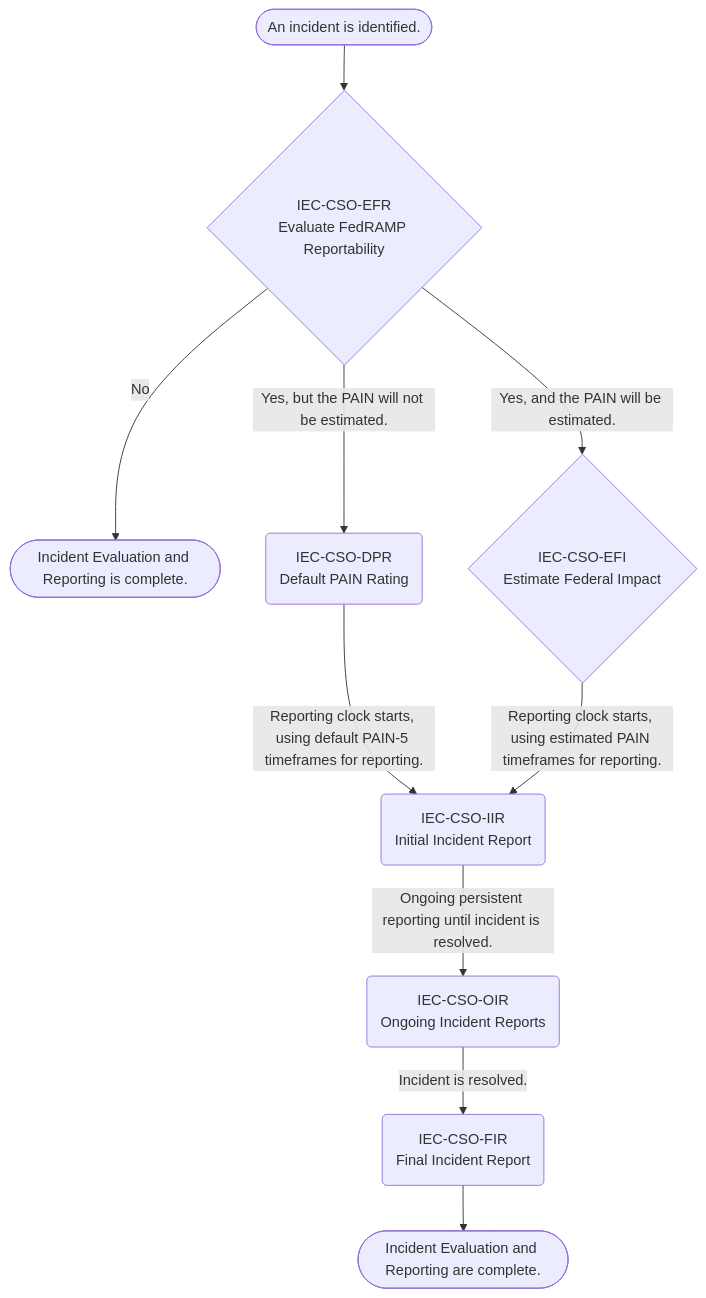
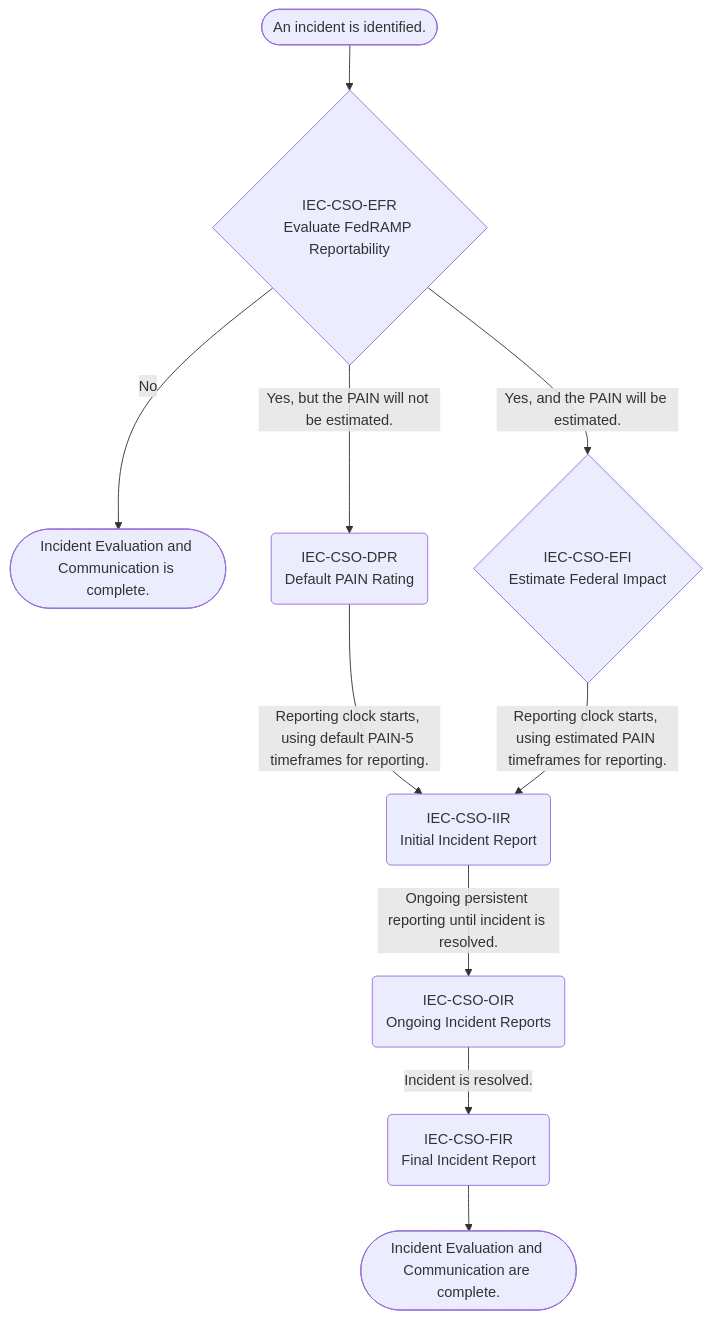
Before and after one commit to FedRAMP/2026-markdown: the diagram in providers/20x/rules/incident-evaluation-and-communication.md, drawn with Mermaid. The commit also changed other lines of this file and 22 other files, not shown here.

````diff
--- a/providers/20x/rules/incident-evaluation-and-communication.md
+++ b/providers/20x/rules/incident-evaluation-and-communication.md
@@ -26,27 +26,27 @@
 ``` mermaid
 flowchart TD
   node_an_incident_is_identified(["An incident is identified."])
   node_iec_cso_efr{"IEC-CSO-EFR<br/>Evaluate FedRAMP Reportability"}
-  node_incident_evaluation_and_reporting_is_complete(["Incident Evaluation and Reporting is complete."])
+  node_incident_evaluation_and_communication_is_complete(["Incident Evaluation and Communication is complete."])
   node_iec_cso_efi{"IEC-CSO-EFI<br/>Estimate Federal Impact"}
   node_iec_cso_dpr("IEC-CSO-DPR<br/>Default PAIN Rating")
   node_iec_cso_iir("IEC-CSO-IIR<br/>Initial Incident Report")
   node_iec_cso_oir("IEC-CSO-OIR<br/>Ongoing Incident Reports")
   node_iec_cso_fir("IEC-CSO-FIR<br/>Final Incident Report")
-  node_incident_evaluation_and_reporting_are_complete(["Incident Evaluation and Reporting are complete."])
+  node_incident_evaluation_and_communication_are_complete(["Incident Evaluation and Communication are complete."])
   node_an_incident_is_identified --> node_iec_cso_efr
-  node_iec_cso_efr -->|"No"| node_incident_evaluation_and_reporting_is_complete
+  node_iec_cso_efr -->|"No"| node_incident_evaluation_and_communication_is_complete
   node_iec_cso_efr -->|"Yes, and the PAIN will be estimated."| node_iec_cso_efi
   node_iec_cso_efr -->|"Yes, but the PAIN will not be estimated."| node_iec_cso_dpr
   node_iec_cso_dpr -->|"Reporting clock starts, using default PAIN-5 timeframes for reporting."| node_iec_cso_iir
   node_iec_cso_efi -->|"Reporting clock starts, using estimated PAIN timeframes for reporting."| node_iec_cso_iir
   node_iec_cso_iir -->|"Ongoing persistent reporting until incident is resolved."| node_iec_cso_oir
   node_iec_cso_oir -->|"Incident is resolved."| node_iec_cso_fir
-  node_iec_cso_fir --> node_incident_evaluation_and_reporting_are_complete
+  node_iec_cso_fir --> node_incident_evaluation_and_communication_are_complete
   click node_iec_cso_efr href "#evaluate-fedramp-reportability" "Jump to IEC-CSO-EFR"
   click node_iec_cso_dpr href "#default-pain-rating" "Jump to IEC-CSO-DPR"
   click node_iec_cso_iir href "#initial-incident-report" "Jump to IEC-CSO-IIR"
   click node_iec_cso_oir href "#ongoing-incident-reports" "Jump to IEC-CSO-OIR"
   click node_iec_cso_fir href "#final-incident-report" "Jump to IEC-CSO-FIR"
   click node_iec_cso_efi href "#estimate-federal-impact" "Jump to IEC-CSO-EFI"
 ```
````
